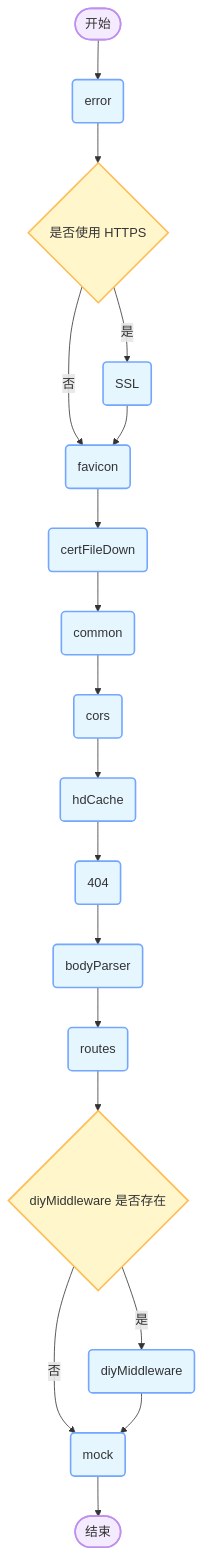
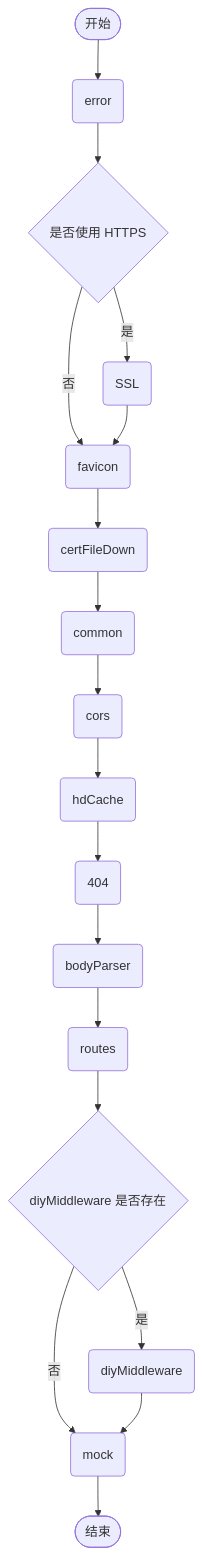
The diagram in docs/dev/中间件逻辑说明.md (Froguard/mihawk), drawn with Mermaid before and after one commit. The commit also changed 1 other file, not shown here.

Commit message:
feat: scode setting

````diff
--- a/docs/dev/中间件逻辑说明.md
+++ b/docs/dev/中间件逻辑说明.md
@@ -5,24 +5,20 @@
 ```mermaid
 graph TB
-classDef startend fill:#F5EBFF,stroke:#BE8FED,stroke-width:2px;
-classDef process fill:#E5F6FF,stroke:#73A6FF,stroke-width:2px;
-classDef decision fill:#FFF6CC,stroke:#FFBC52,stroke-width:2px;
-
     A([开始]):::startend --> B(error):::process
     B --> C{是否使用 HTTPS}:::decision
     C -->|是| D(SSL):::process
     C -->|否| E(favicon):::process
     D --> E
     E --> F(certFileDown):::process
     F --> G(common):::process
     G --> H(cors):::process
     H --> I(hdCache):::process
     I --> J(404):::process
     J --> K(bodyParser):::process
     K --> L(routes):::process
     L --> M{diyMiddleware 是否存在}:::decision
     M -->|是| N(diyMiddleware):::process
     M -->|否| O(mock):::process
     N --> O
     O --> P([结束]):::startend
 ```
````
